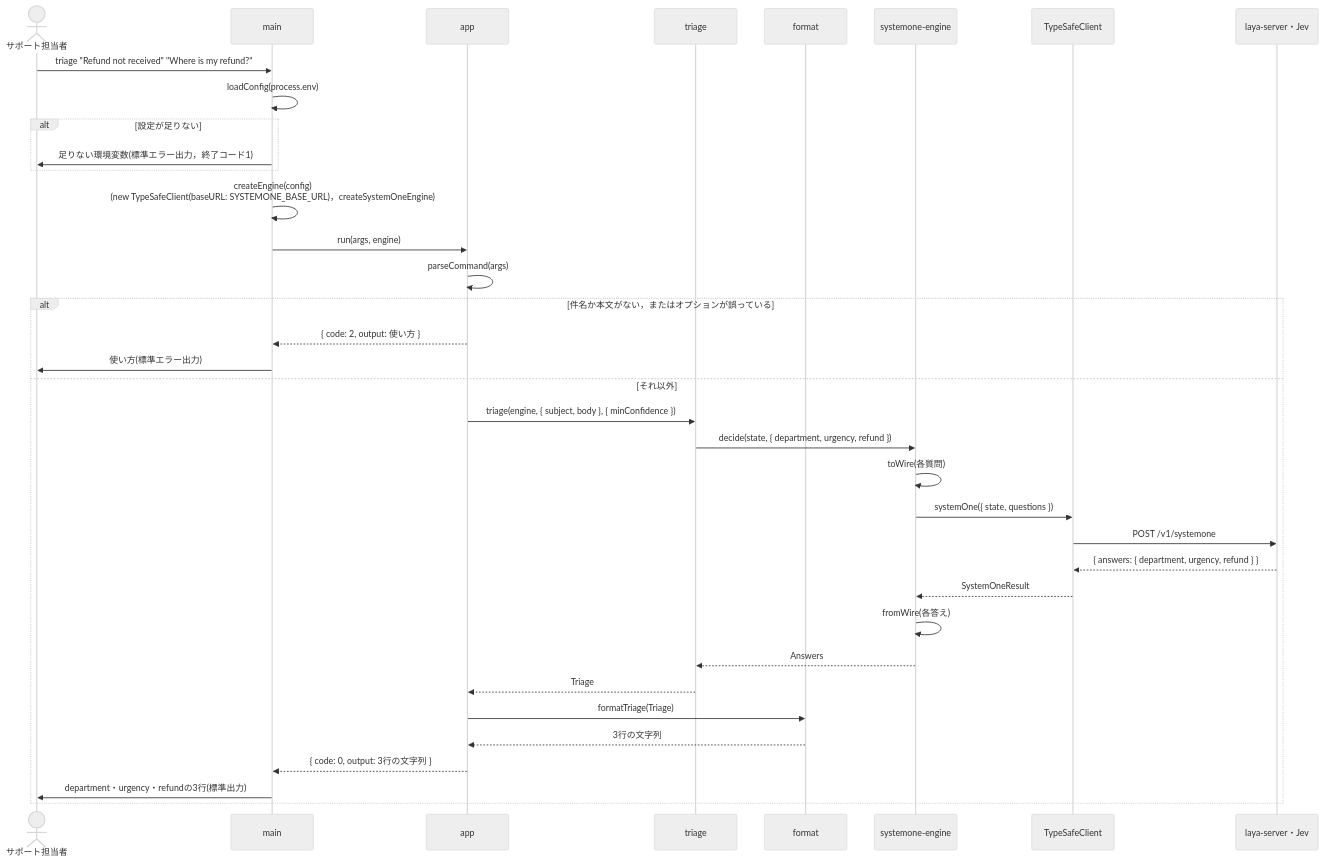
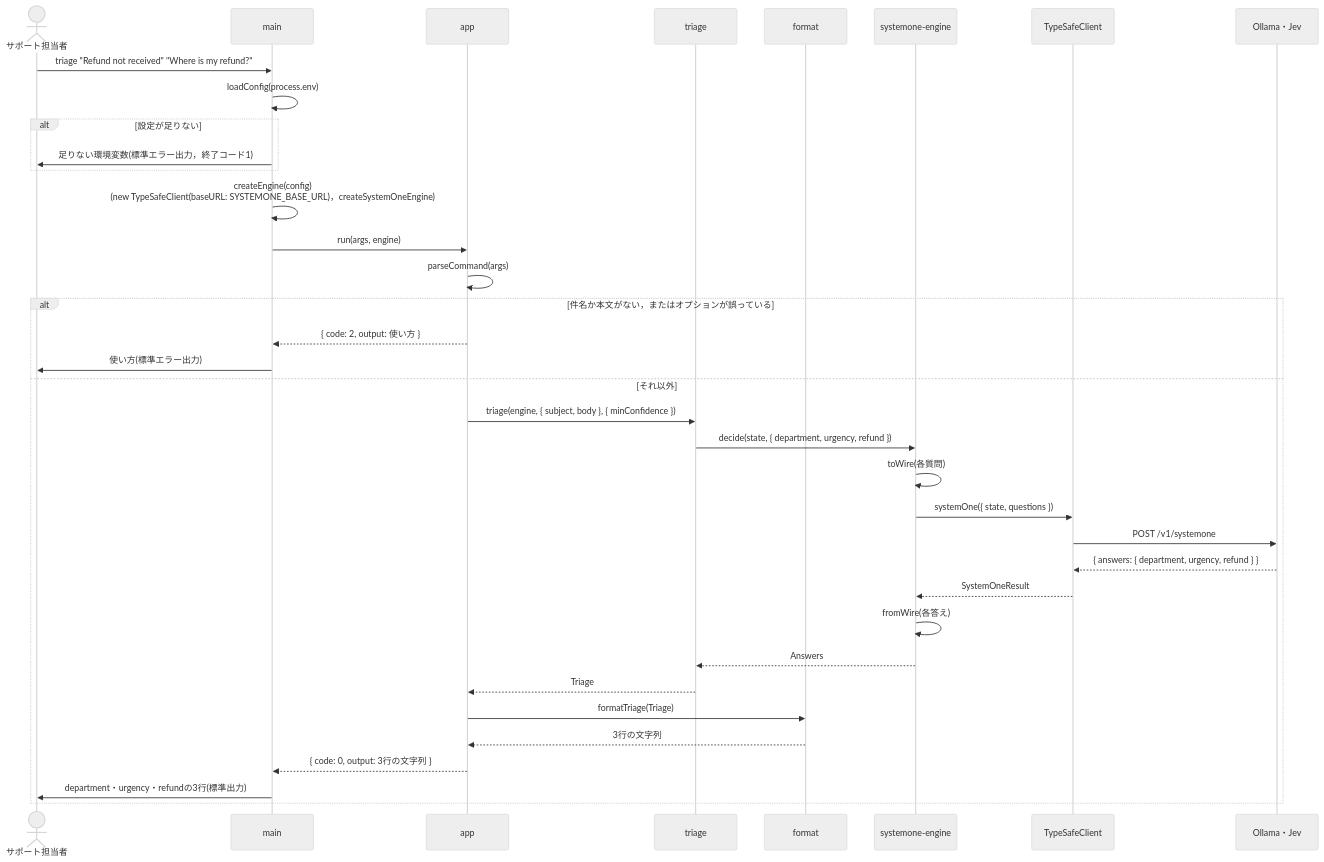
The diagram in iterations/iteration-5/solution/design/05-sequence.md (enunun/systemone-handson), drawn with Mermaid (neutral theme) before and after one commit. The commit also changed 184 other files, not shown here.

````diff
--- a/iterations/iteration-5/solution/design/05-sequence.md
+++ b/iterations/iteration-5/solution/design/05-sequence.md
@@ -5,38 +5,38 @@
 ```mermaid
 sequenceDiagram
   actor user as サポート担当者
   participant main as main
   participant app as app
   participant triage as triage
   participant format as format
   participant adapter as systemone-engine
   participant client as TypeSafeClient
-  participant engine as laya-server・Jev
+  participant engine as Ollama・Jev
   user->>main: triage "Refund not received" "Where is my refund?"
   main->>main: loadConfig(process.env)
   alt 設定が足りない
     main->>user: 足りない環境変数(標準エラー出力，終了コード1)
   end
   main->>main: createEngine(config)<br/>(new TypeSafeClient(baseURL: SYSTEMONE_BASE_URL)，createSystemOneEngine)
   main->>app: run(args, engine)
   app->>app: parseCommand(args)
   alt 件名か本文がない，またはオプションが誤っている
     app-->>main: { code: 2, output: 使い方 }
     main->>user: 使い方(標準エラー出力)
   else それ以外
     app->>triage: triage(engine, { subject, body }, { minConfidence })
     triage->>adapter: decide(state, { department, urgency, refund })
     adapter->>adapter: toWire(各質問)
     adapter->>client: systemOne({ state, questions })
     client->>engine: POST /v1/systemone
     engine-->>client: { answers: { department, urgency, refund } }
     client-->>adapter: SystemOneResult
     adapter->>adapter: fromWire(各答え)
     adapter-->>triage: Answers
     triage-->>app: Triage
     app->>format: formatTriage(Triage)
     format-->>app: 3行の文字列
     app-->>main: { code: 0, output: 3行の文字列 }
     main->>user: department・urgency・refundの3行(標準出力)
   end
 ```
````
